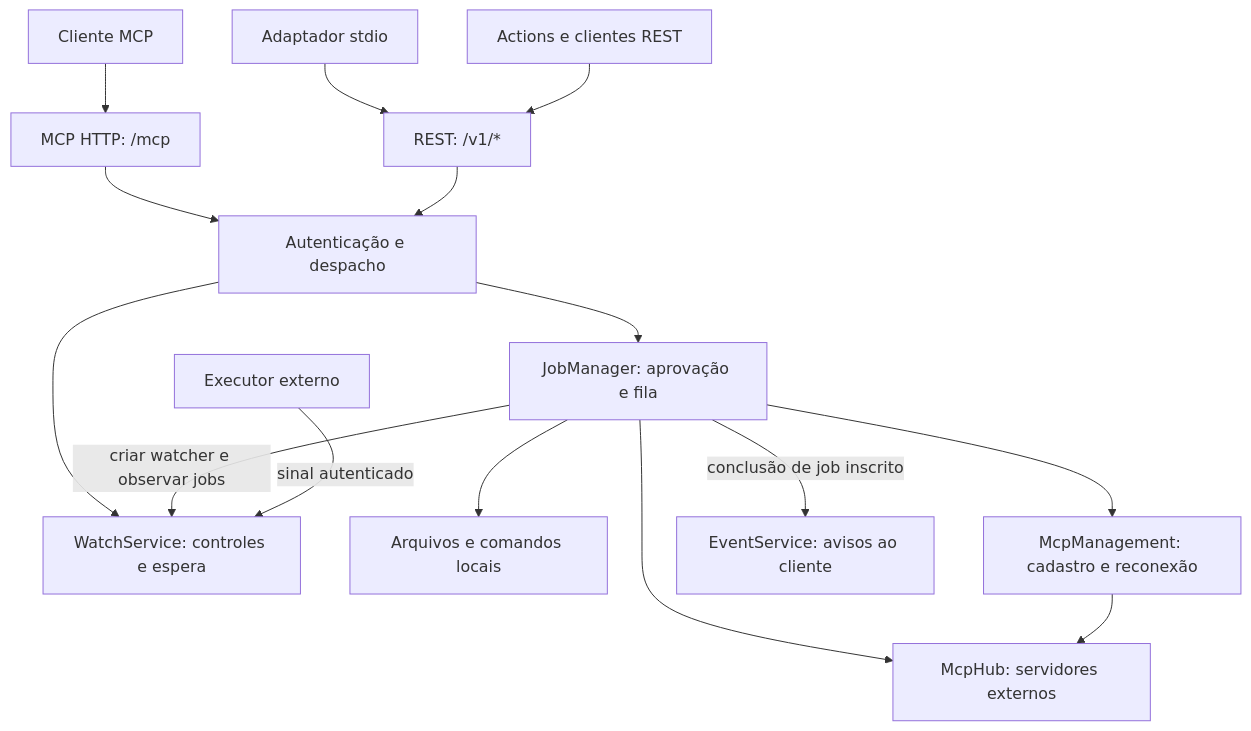
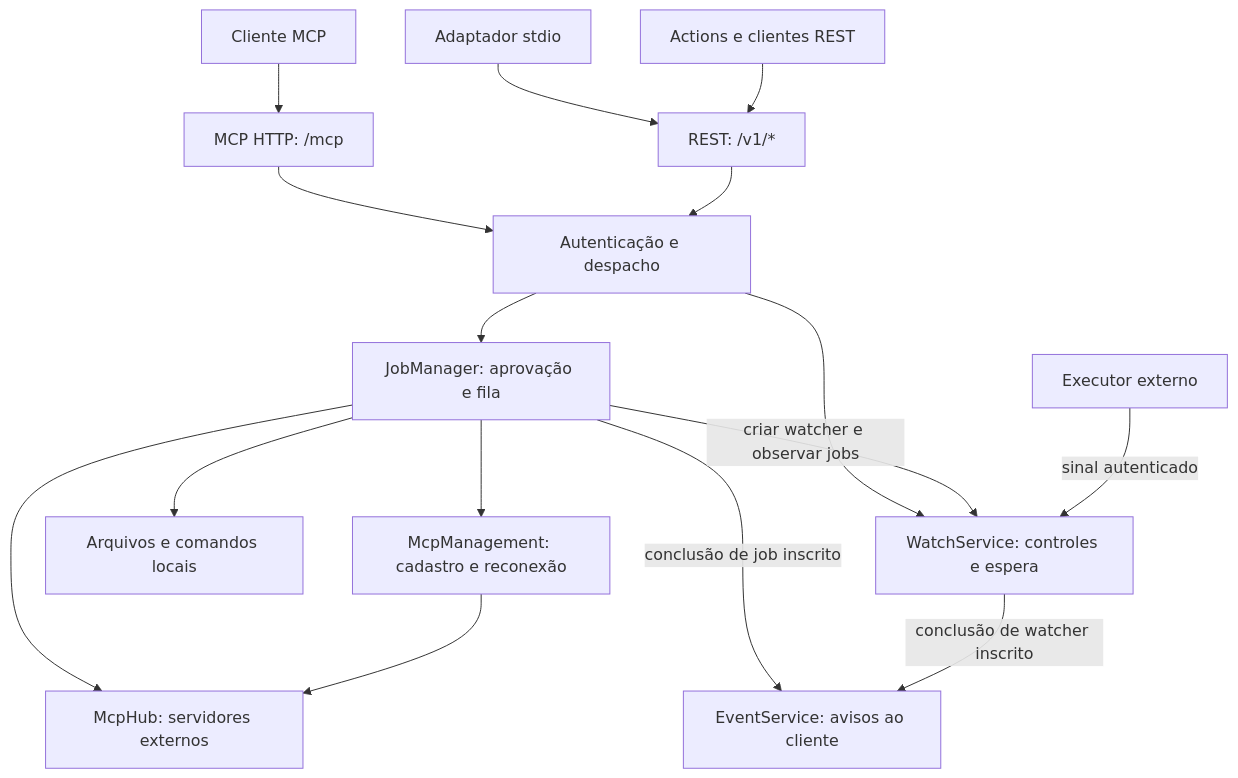
The diagram in docs/ARQUITETURA.md (V1yn1/ponte-mcp), drawn with Mermaid before and after one commit. The commit also changed other lines of this file and 38 other files, not shown here.

````diff
--- a/docs/ARQUITETURA.md
+++ b/docs/ARQUITETURA.md
@@ -9,17 +9,18 @@
 ```mermaid
 flowchart TD
     Cliente["Cliente MCP"] --> MCP["MCP HTTP: /mcp"]
     Stdio["Adaptador stdio"] --> REST["REST: /v1/*"]
     Actions["Actions e clientes REST"] --> REST
     MCP --> Entrada["Autenticação e despacho"]
     REST --> Entrada
     Entrada --> Jobs["JobManager: aprovação e fila"]
     Entrada --> Watch["WatchService: controles e espera"]
     Jobs --> Local["Arquivos e comandos locais"]
     Jobs --> Hub["McpHub: servidores externos"]
     Jobs --> Management["McpManagement: cadastro e reconexão"]
     Management --> Hub
     Jobs -->|"criar watcher e observar jobs"| Watch
     Executor["Executor externo"] -->|"sinal autenticado"| Watch
     Jobs -->|"conclusão de job inscrito"| Events["EventService: avisos ao cliente"]
+    Watch -->|"conclusão de watcher inscrito"| Events
 ```
````
